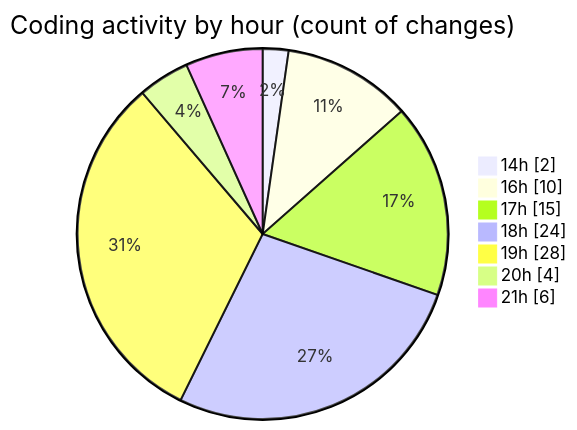
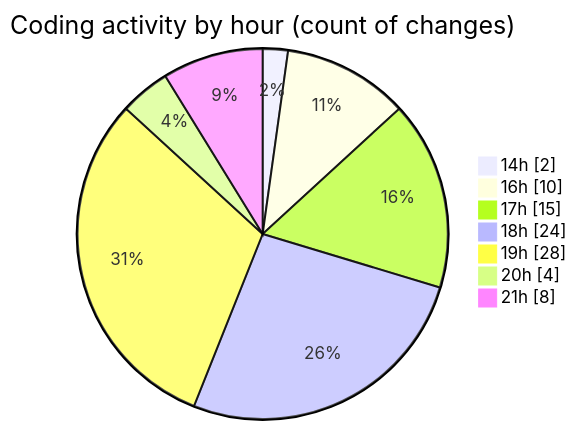
One commit to Ritupan-Deka/code-tracking changed the second of 2 diagrams in 2025-06-18/scopesketch-app/README.md. Above: the diagram before and after it, drawn with Mermaid. The commit also changed other lines of this file and 1 other file, not shown here.

````diff
--- a/2025-06-18/scopesketch-app/README.md
+++ b/2025-06-18/scopesketch-app/README.md
@@ -45,11 +45,11 @@
 ```mermaid
 pie showData
 title Coding activity by hour (count of changes)
 "14h" : 2
 "16h" : 10
 "17h" : 15
 "18h" : 24
 "19h" : 28
 "20h" : 4
-"21h" : 6
+"21h" : 8
 ```
````
